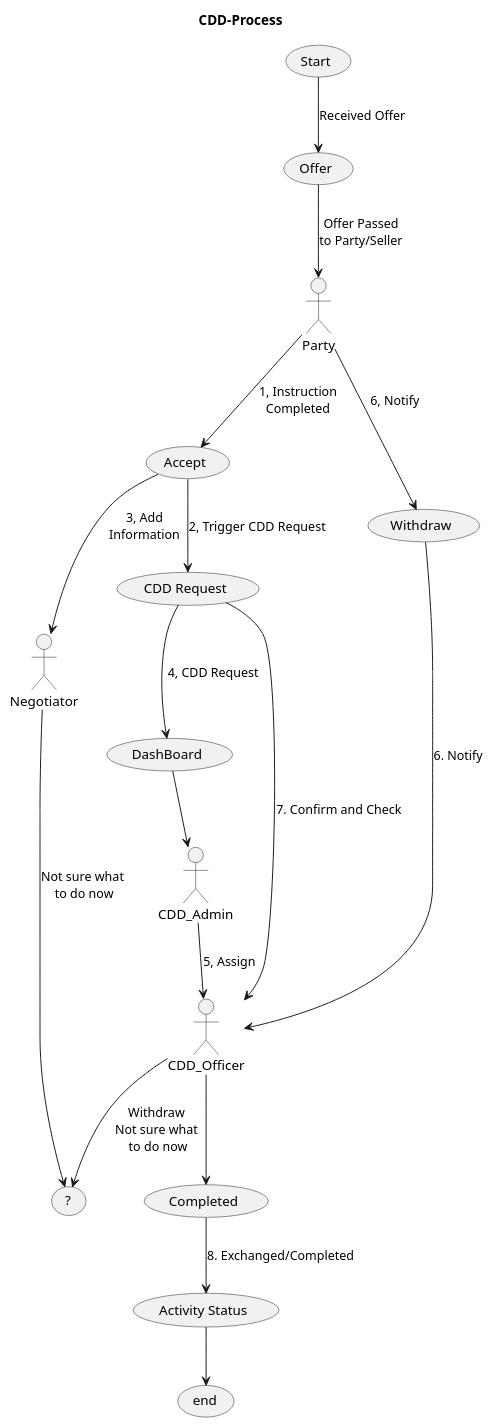
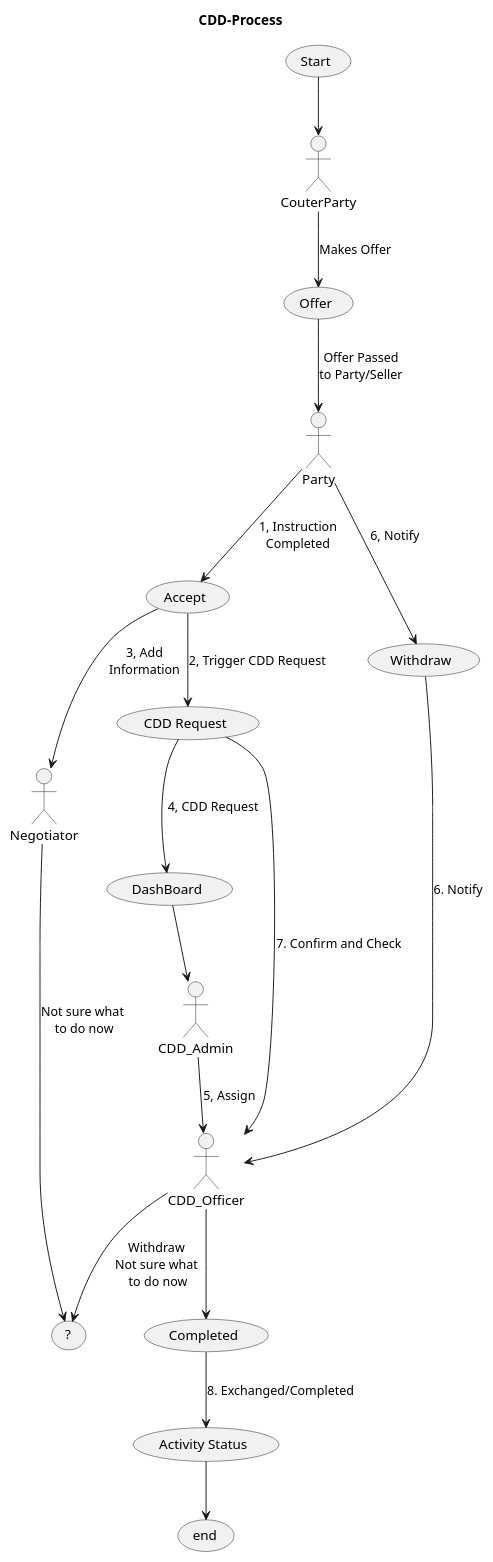
The diagram in assets/CDD-Process.puml (Kf-GaryNewport/Kf-GaryNewport.github.io), drawn with PlantUML before and after one commit. The commit also changed 1 other file, not shown here.

```diff
--- a/assets/CDD-Process.puml
+++ b/assets/CDD-Process.puml
@@ -1,21 +1,22 @@
 @startuml CDDProcess
 
 title CDD-Process
 
-(Start) --> (Offer) : Received Offer
+(Start) --> CouterParty
+CouterParty --> (Offer) : Makes Offer
 (Offer) --> Party : Offer Passed\nto Party/Seller
 Party --> (Accept) : 1, Instruction\nCompleted
 (Accept) --> (CDD Request) : 2, Trigger CDD Request
 (Accept) --> Negotiator : 3, Add\nInformation
 Negotiator --> (?) : Not sure what\n to do now
 (CDD Request) --> (DashBoard) : 4, CDD Request
 (DashBoard) --> CDD_Admin
 CDD_Admin --> CDD_Officer : 5, Assign
 Party --> (Withdraw) : 6, Notify
 (Withdraw) --> CDD_Officer : 6. Notify
 (CDD Request) --> CDD_Officer : 7. Confirm and Check
 CDD_Officer --> (Completed)
 CDD_Officer --> (?) : Withdraw\nNot sure what\n to do now
 (Completed) --> (Activity Status) : 8. Exchanged/Completed
 (Activity Status) --> (end)
 @enduml
```
